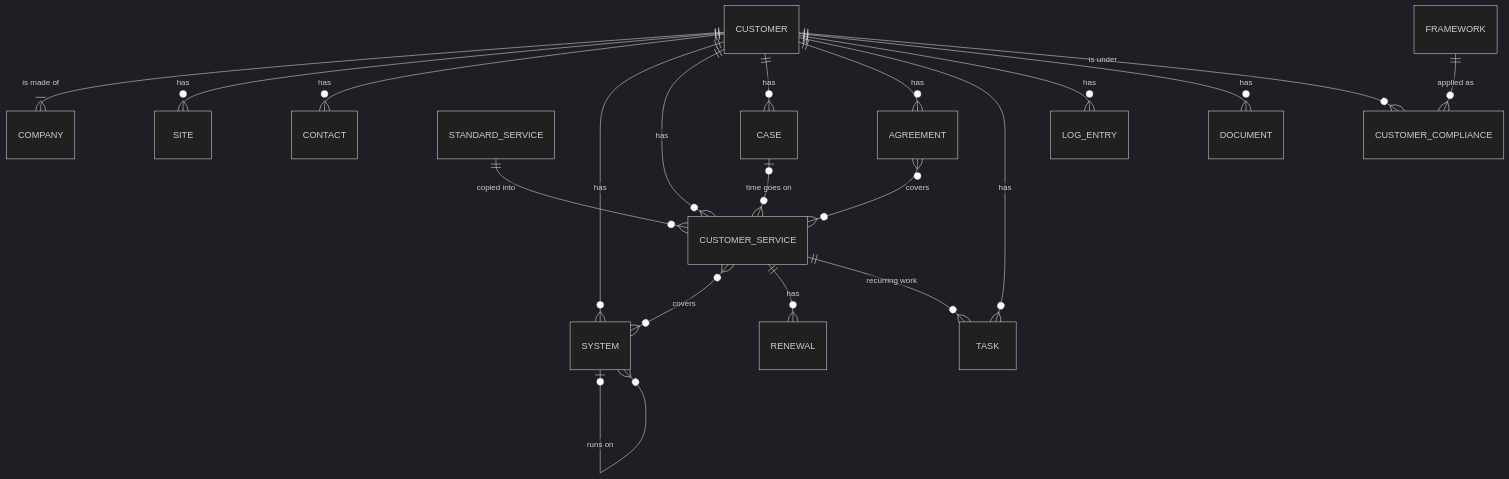
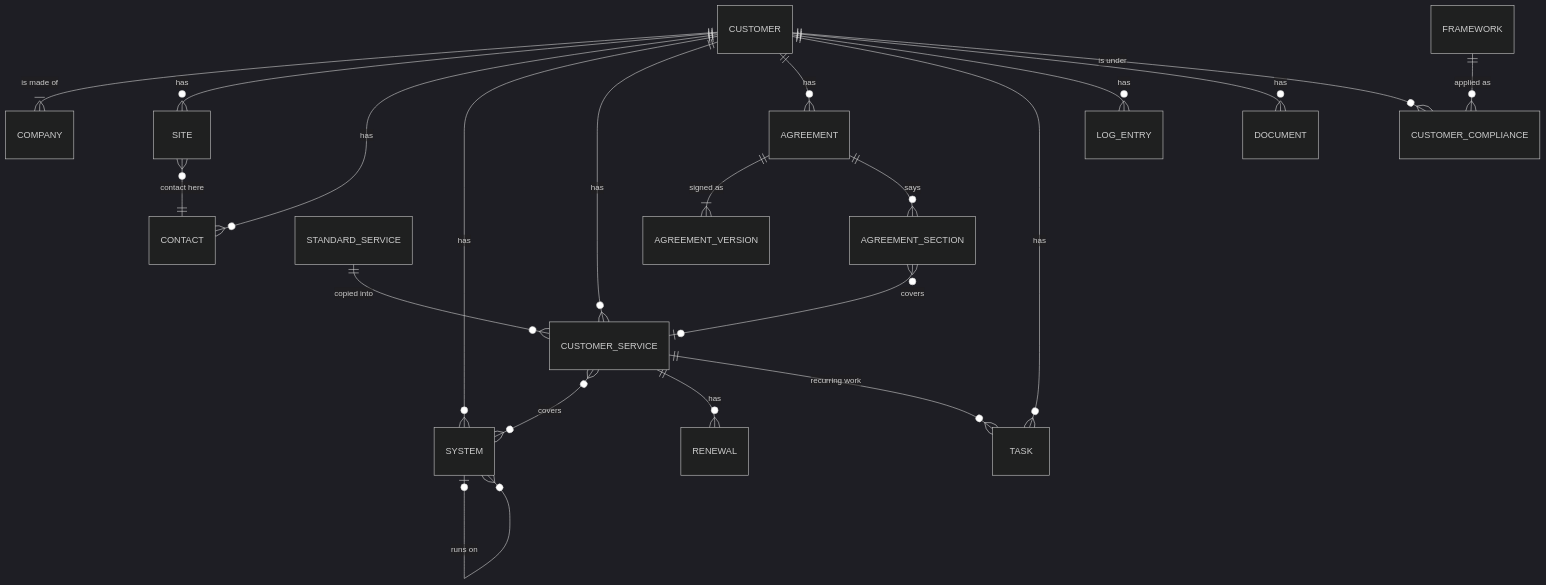
One commit to FragmentedCoder/Ting-CRM changed the first of 2 diagrams in docs/architecture.md. Above: the diagram before and after it, drawn with Mermaid (dark theme). The commit also changed other lines of this file and 2 other files, not shown here.

````diff
--- a/docs/architecture.md
+++ b/docs/architecture.md
@@ -53,22 +53,23 @@
 ```mermaid
 erDiagram
   CUSTOMER ||--|{ COMPANY : "is made of"
   CUSTOMER ||--o{ SITE : has
   CUSTOMER ||--o{ CONTACT : has
+  SITE }o--|| CONTACT : "contact here"
   CUSTOMER ||--o{ SYSTEM : has
   SYSTEM |o--o{ SYSTEM : "runs on"
   STANDARD_SERVICE ||--o{ CUSTOMER_SERVICE : "copied into"
   CUSTOMER ||--o{ CUSTOMER_SERVICE : has
   CUSTOMER_SERVICE }o--o{ SYSTEM : covers
-  CUSTOMER ||--o{ CASE : has
-  CASE |o--o{ CUSTOMER_SERVICE : "time goes on"
   CUSTOMER ||--o{ AGREEMENT : has
-  AGREEMENT }o--o{ CUSTOMER_SERVICE : covers
+  AGREEMENT ||--|{ AGREEMENT_VERSION : "signed as"
+  AGREEMENT ||--o{ AGREEMENT_SECTION : says
+  AGREEMENT_SECTION }o--o| CUSTOMER_SERVICE : covers
   CUSTOMER_SERVICE ||--o{ RENEWAL : has
   CUSTOMER_SERVICE ||--o{ TASK : "recurring work"
   CUSTOMER ||--o{ TASK : has
   CUSTOMER ||--o{ LOG_ENTRY : has
   CUSTOMER ||--o{ DOCUMENT : has
   FRAMEWORK ||--o{ CUSTOMER_COMPLIANCE : "applied as"
   CUSTOMER ||--o{ CUSTOMER_COMPLIANCE : "is under"
 ```
````
